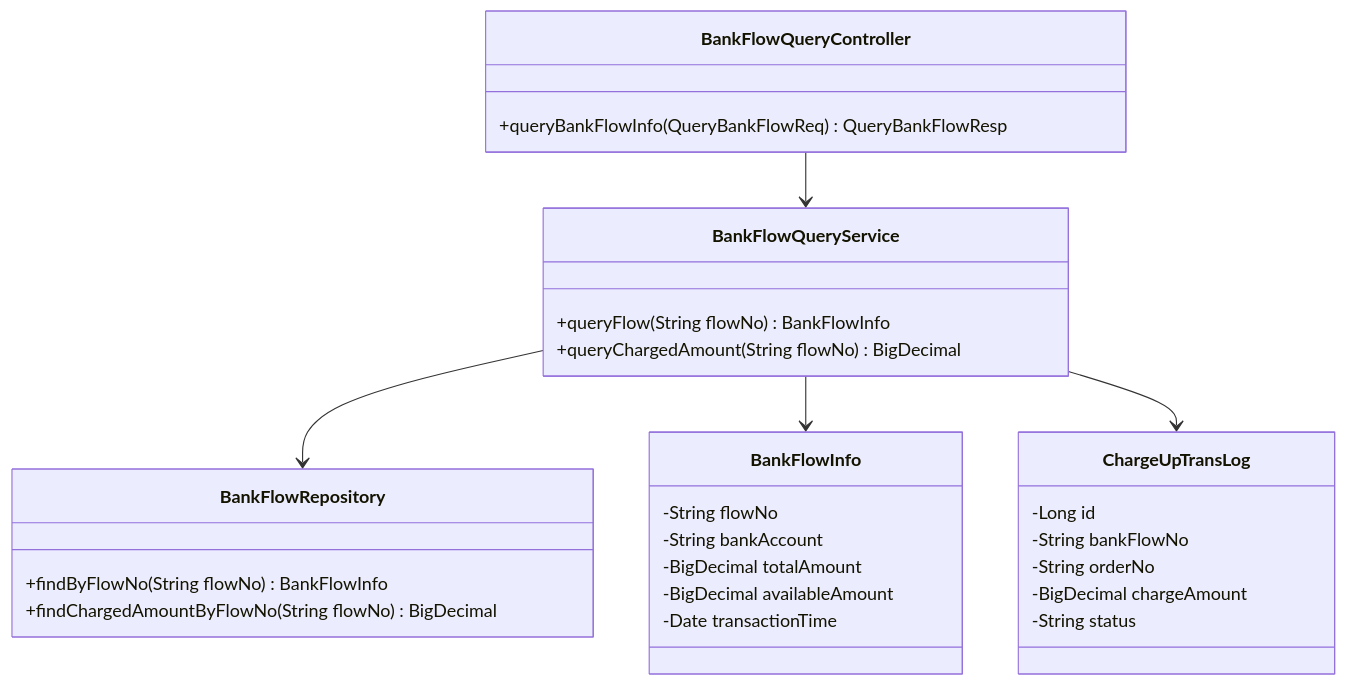
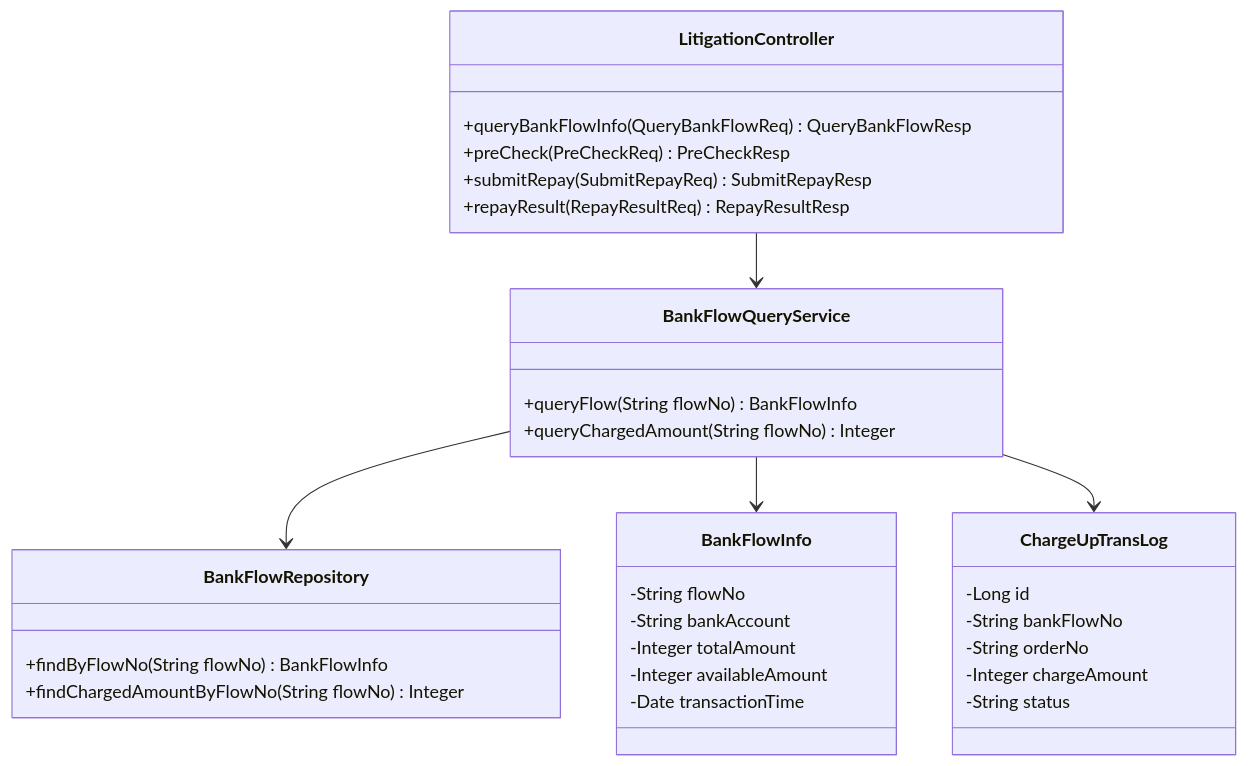
Before and after one commit to topson-cn/obsidian_note: the first of 10 diagrams in shuhe/workspace/accountingoperation/iteration/202502-法诉自动入账/详细设计-AO系统.md, drawn with Mermaid. The commit also changed other lines of this file and 3 other files, not shown here.

````diff
--- a/shuhe/workspace/accountingoperation/iteration/202502-法诉自动入账/详细设计-AO系统.md
+++ b/shuhe/workspace/accountingoperation/iteration/202502-法诉自动入账/详细设计-AO系统.md
@@ -71,37 +71,40 @@
 ```mermaid
 classDiagram
-    class BankFlowQueryController {
+    class LitigationController {
         +queryBankFlowInfo(QueryBankFlowReq) QueryBankFlowResp
+        +preCheck(PreCheckReq) PreCheckResp
+        +submitRepay(SubmitRepayReq) SubmitRepayResp
+        +repayResult(RepayResultReq) RepayResultResp
     }
 
     class BankFlowQueryService {
         +queryFlow(String flowNo) BankFlowInfo
-        +queryChargedAmount(String flowNo) BigDecimal
+        +queryChargedAmount(String flowNo) Integer
     }
 
     class BankFlowInfo {
         -String flowNo
         -String bankAccount
-        -BigDecimal totalAmount
-        -BigDecimal availableAmount
+        -Integer totalAmount
+        -Integer availableAmount
         -Date transactionTime
     }
 
     class ChargeUpTransLog {
         -Long id
         -String bankFlowNo
         -String orderNo
-        -BigDecimal chargeAmount
+        -Integer chargeAmount
         -String status
     }
 
     class BankFlowRepository {
         +findByFlowNo(String flowNo) BankFlowInfo
-        +findChargedAmountByFlowNo(String flowNo) BigDecimal
+        +findChargedAmountByFlowNo(String flowNo) Integer
     }
 
-    BankFlowQueryController --> BankFlowQueryService
+    LitigationController --> BankFlowQueryService
     BankFlowQueryService --> BankFlowRepository
     BankFlowQueryService --> BankFlowInfo
     BankFlowQueryService --> ChargeUpTransLog
 ```
````
